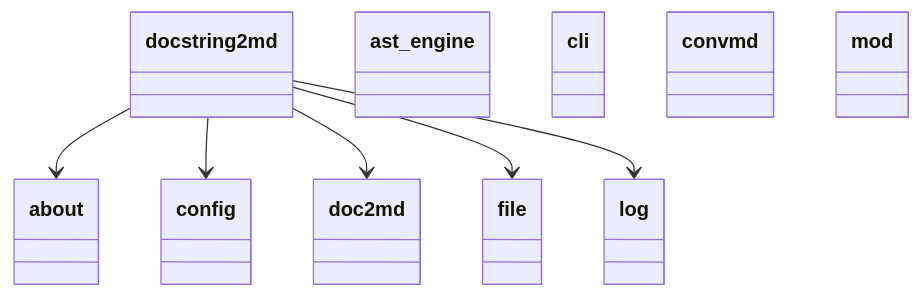
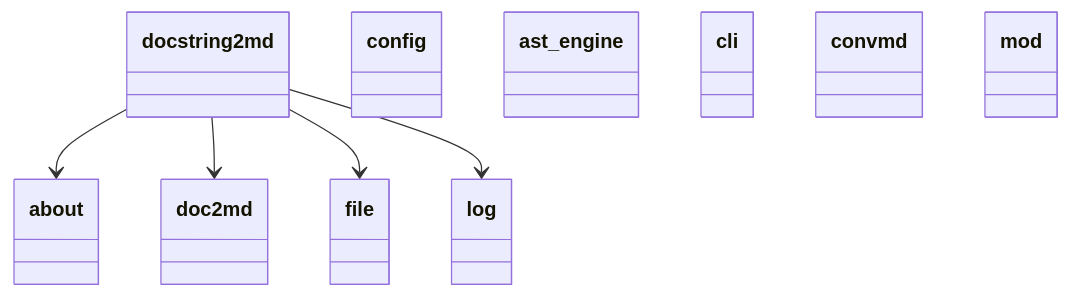
Before and after one commit to francois-le-ko4la/docstring-to-markdown: the diagram in doc/packages_docstring2md.mmd, drawn with Mermaid. The commit also changed 12 other files, not shown here.

```diff
--- a/doc/packages_docstring2md.mmd
+++ b/doc/packages_docstring2md.mmd
@@ -1,26 +1,25 @@
 classDiagram
   class docstring2md {
   }
   class __about__ {
   }
   class __config__ {
   }
   class ast_engine {
   }
   class cli {
   }
   class convmd {
   }
   class doc2md {
   }
   class file {
   }
   class log {
   }
   class mod {
   }
   docstring2md --> __about__
-  docstring2md --> __config__
   docstring2md --> doc2md
   docstring2md --> file
   docstring2md --> log
```
